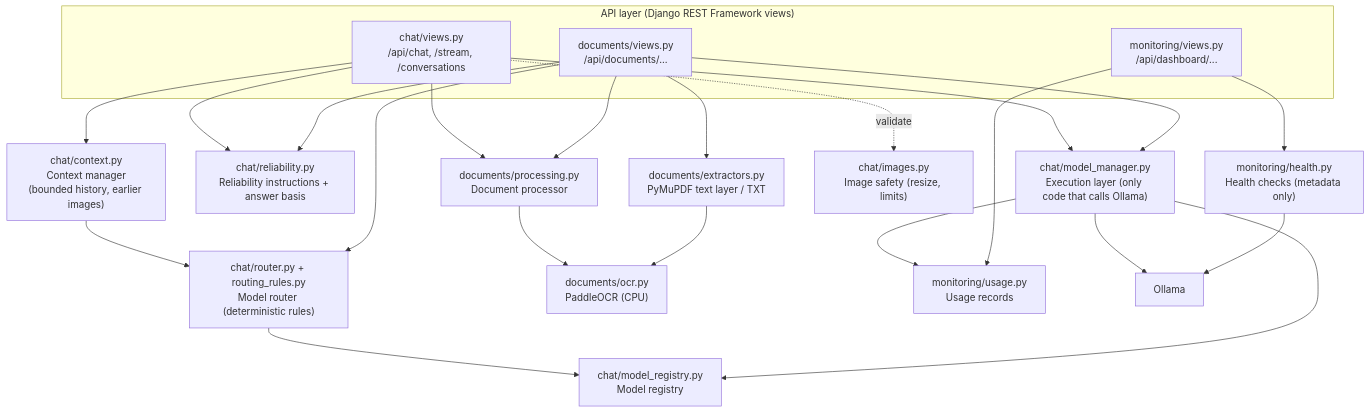
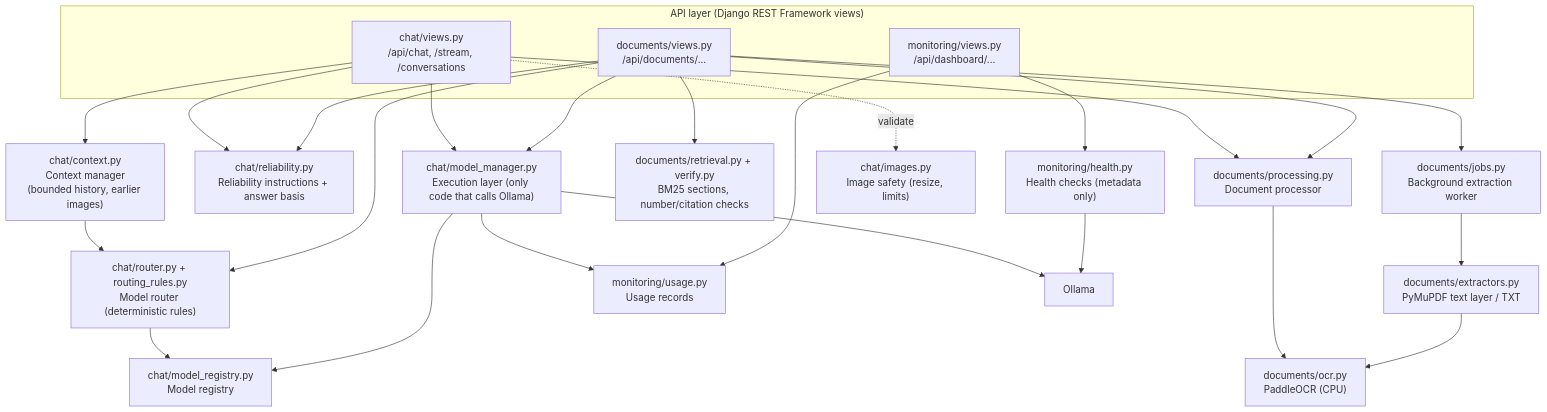
The second of 6 diagrams in README.md (OnishNimiwal/PlantEdge), drawn with Mermaid before and after one commit. The commit also changed other lines of this file and 2 other files, not shown here.

First line of the commit message:
docs: README and .env.example for speed, documents, routing, UI and monitoring phases

````diff
--- a/README.md
+++ b/README.md
@@ -153,37 +186,40 @@
 ```mermaid
 flowchart TB
     subgraph API["API layer (Django REST Framework views)"]
         CV["chat/views.py<br/>/api/chat, /stream, /conversations"]
         DV["documents/views.py<br/>/api/documents/..."]
         MV["monitoring/views.py<br/>/api/dashboard/..."]
     end
     CTX["chat/context.py<br/>Context manager<br/>(bounded history, earlier images)"]
     RT["chat/router.py + routing_rules.py<br/>Model router (deterministic rules)"]
     REL["chat/reliability.py<br/>Reliability instructions + answer basis"]
     PROC["documents/processing.py<br/>Document processor"]
+    JOBS["documents/jobs.py<br/>Background extraction worker"]
+    RET["documents/retrieval.py + verify.py<br/>BM25 sections, number/citation checks"]
     OCR["documents/ocr.py<br/>PaddleOCR (CPU)"]
     EXT["documents/extractors.py<br/>PyMuPDF text layer / TXT"]
     MM["chat/model_manager.py<br/>Execution layer (only code that calls Ollama)"]
     REG["chat/model_registry.py<br/>Model registry"]
     IMG["chat/images.py<br/>Image safety (resize, limits)"]
     USE["monitoring/usage.py<br/>Usage records"]
     HLTH["monitoring/health.py<br/>Health checks (metadata only)"]
     OL["Ollama"]
 
     CV --> CTX --> RT
     CV --> REL
     CV --> PROC --> OCR
-    DV --> EXT --> OCR
+    DV --> JOBS --> EXT --> OCR
+    DV --> RET
     DV --> RT
     DV --> REL
     DV --> PROC
     CV --> MM
     DV --> MM
     CV -. validate .-> IMG
     RT --> REG
     MM --> REG
     MM --> USE
     MM --> OL
     MV --> USE
     MV --> HLTH --> OL
 ```
````
